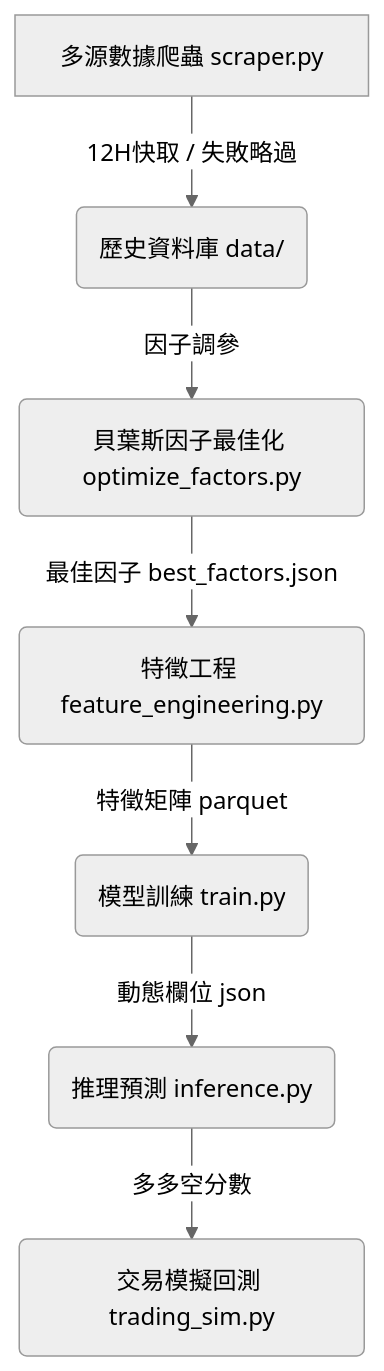
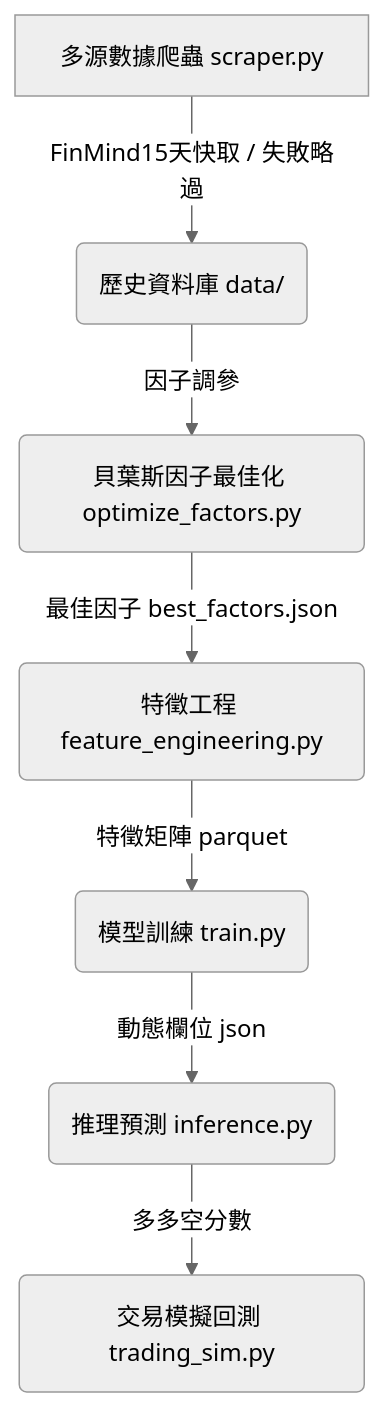
The diagram in README.md (KresseLock/Stock), drawn with Mermaid (neutral theme) before and after one commit.

````diff
--- a/README.md
+++ b/README.md
@@ -27,9 +27,9 @@
 ```mermaid
 graph TD
-    A[多源數據爬蟲 scraper.py] -->|12H快取 / 失敗略過| B(歷史資料庫 data/)
+    A[多源數據爬蟲 scraper.py] -->| FinMind15天快取 / 失敗略過| B(歷史資料庫 data/)
     B -->|因子調參| C(貝葉斯因子最佳化 optimize_factors.py)
     C -->|最佳因子 best_factors.json| D(特徵工程 feature_engineering.py)
     D -->|特徵矩陣 parquet| E(模型訓練 train.py)
     E -->|動態欄位 json| F(推理預測 inference.py)
     F -->|多多空分數| G(交易模擬回測 trading_sim.py)
 ```
````
